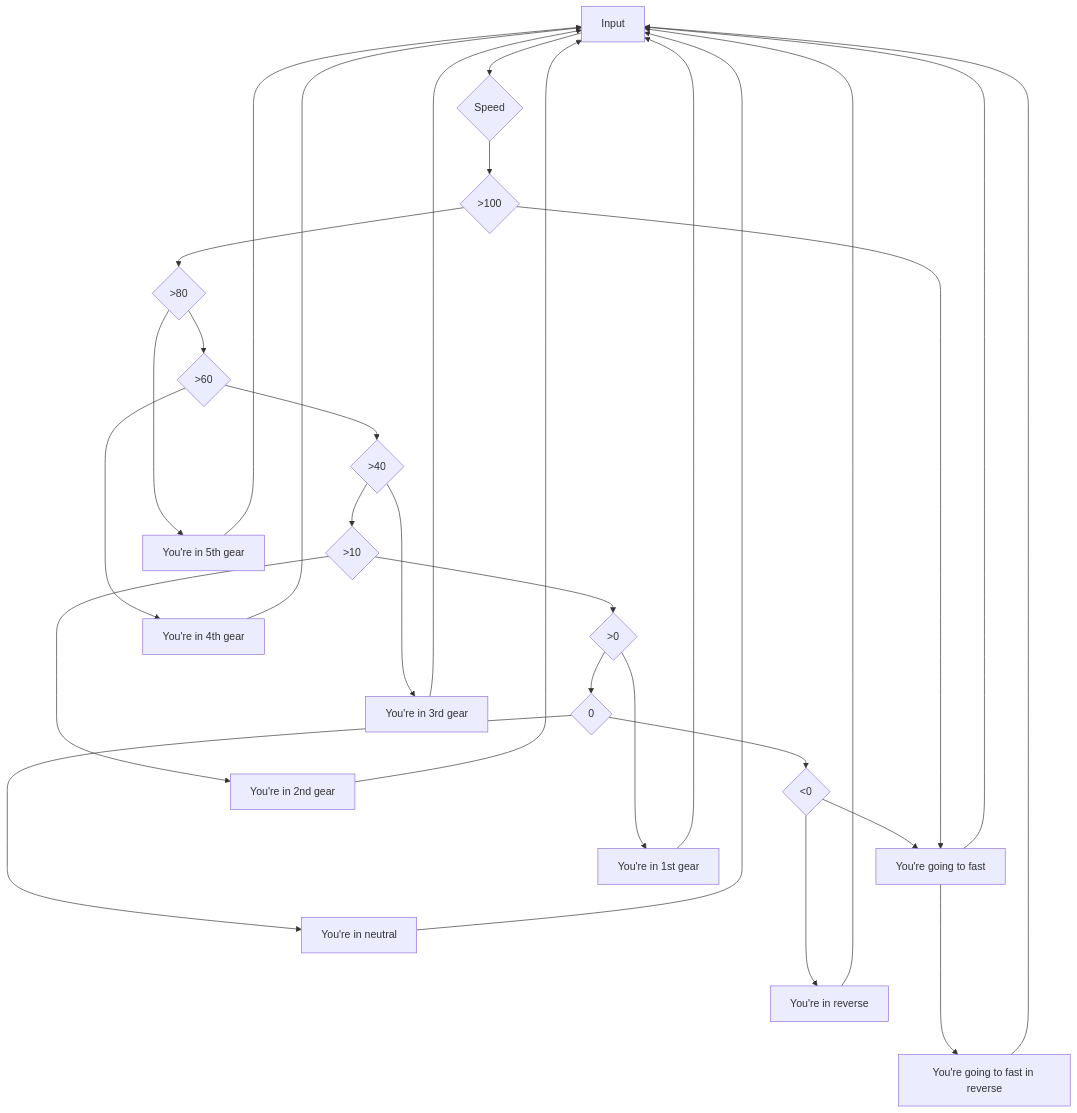
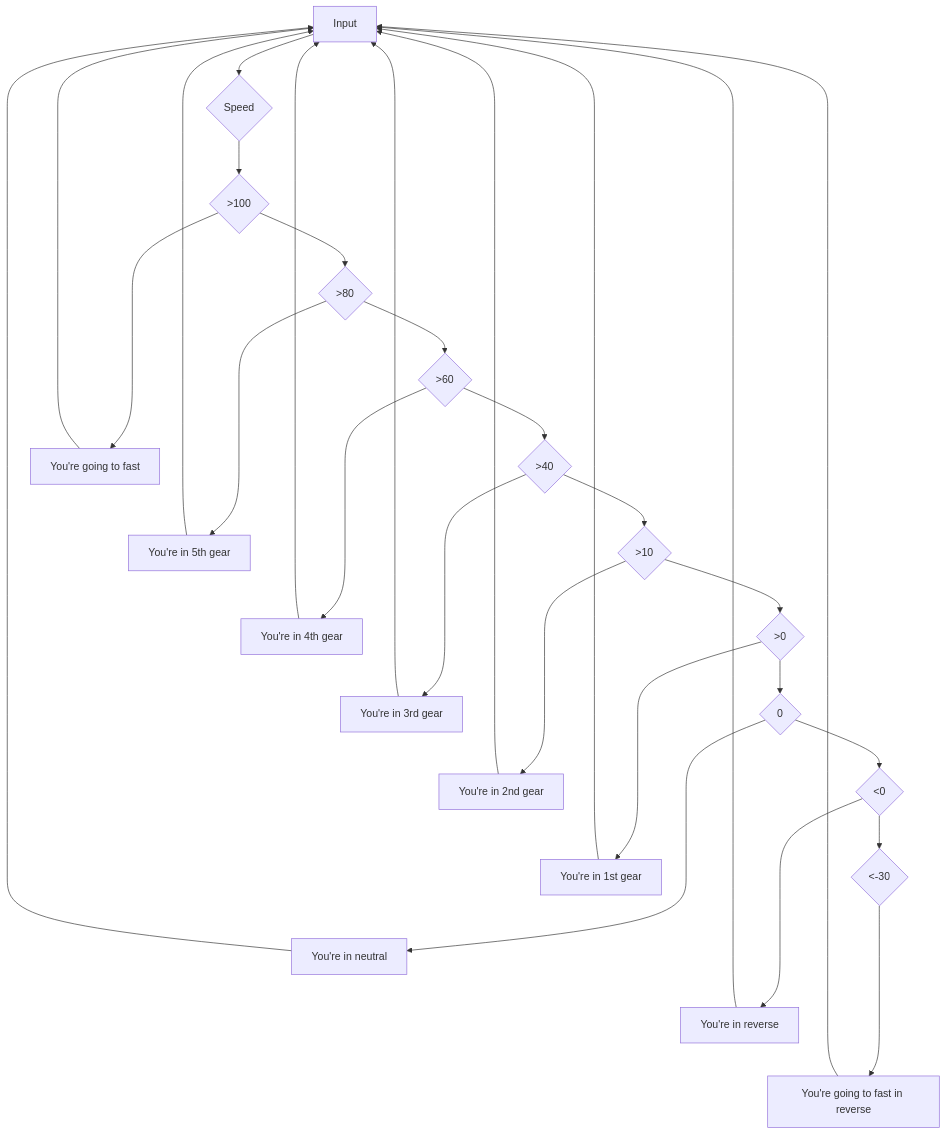
The diagram in Gearbox/README.md (RockFreakRickerd/SameCodeDifferentLanguagues), drawn with Mermaid before and after one commit.

````diff
--- a/Gearbox/README.md
+++ b/Gearbox/README.md
@@ -9,14 +9,14 @@
 ```mermaid
 flowchart TD
     A[Input] --> B{Speed};
     B --> C{>100} --> D{>80} --> E{>60} --> F{>40} --> G{>10} --> H{>0} --> I{0} --> J{<0} --> K{<-30}
-    C ----> K[You're going to fast] ----> A[Input];
-    D ----> L[You're in 5th gear] ---> A[Input];
-    E ----> M[You're in 4th gear] ----> A[Input];
-    F ----> N[You're in 3rd gear] ----> A[Input];
-    G ----> O[You're in 2nd gear] ----> A[Input];
-    H ----> P[You're in 1st gear] ----> A[Input];
-    I ----> Q[You're in neutral] ----> A[Input];
-    J ----> R[You're in reverse] ----> A[Input];
-    K ----> S[You're going to fast in reverse] ----> A[Input];
+    C ----> L[You're going to fast] ----> A[Input];
+    D ----> M[You're in 5th gear] ---> A[Input];
+    E ----> N[You're in 4th gear] ----> A[Input];
+    F ----> O[You're in 3rd gear] ----> A[Input];
+    G ----> P[You're in 2nd gear] ----> A[Input];
+    H ----> Q[You're in 1st gear] ----> A[Input];
+    I ----> R[You're in neutral] ----> A[Input];
+    J ----> S[You're in reverse] ----> A[Input];
+    K ----> T[You're going to fast in reverse] ----> A[Input];
 ```
````
